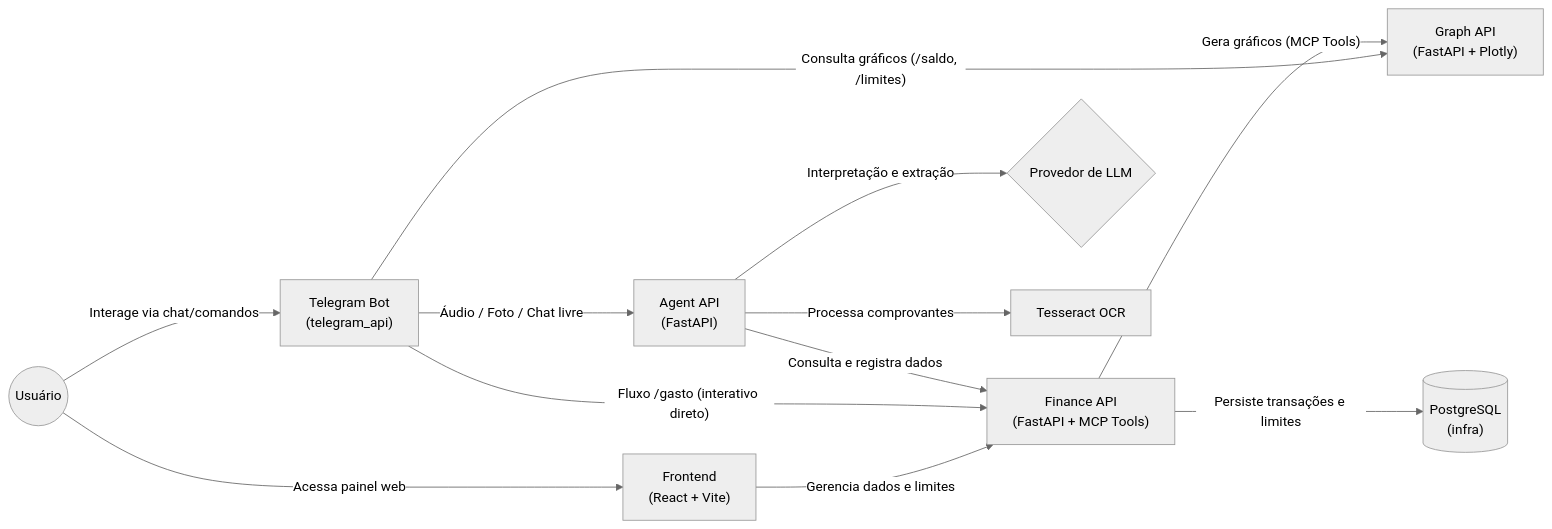
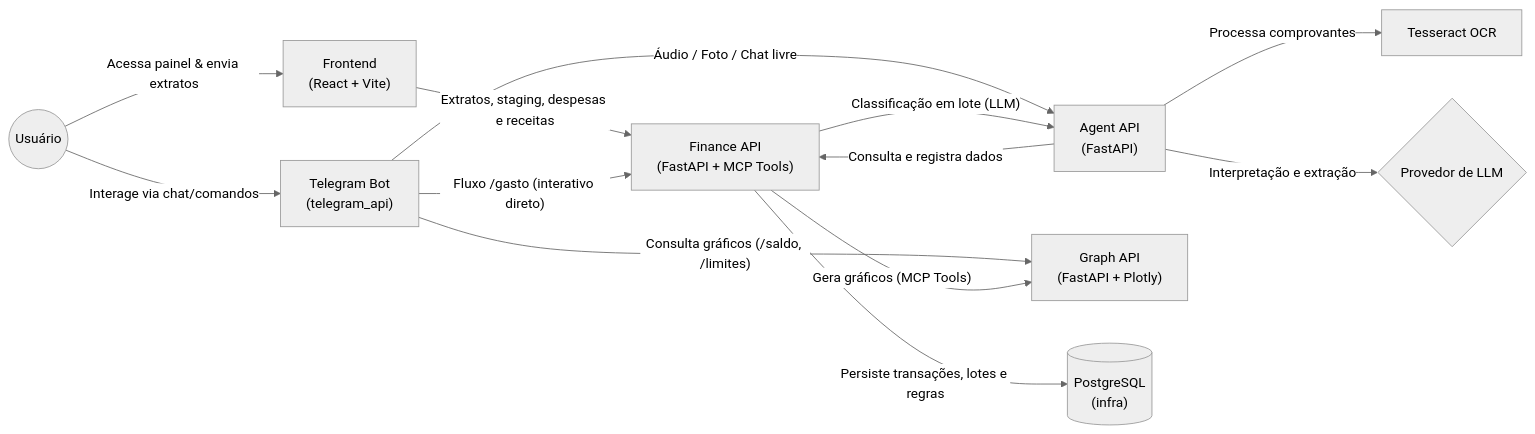
One commit to joaoflauzino/flauzino-assistant changed the diagram in README.md. Above: the diagram before and after it, drawn with Mermaid (neutral theme). The commit also changed other lines of this file and 3 other files, not shown here.

````diff
--- a/README.md
+++ b/README.md
@@ -19,28 +19,29 @@
 ```mermaid
 flowchart LR
     User((Usuário))
     Frontend["Frontend\n(React + Vite)"]
     Telegram["Telegram Bot\n(telegram_api)"]
     AgentAPI["Agent API\n(FastAPI)"]
     FinanceAPI["Finance API\n(FastAPI + MCP Tools)"]
     GraphAPI["Graph API\n(FastAPI + Plotly)"]
     DB[("PostgreSQL\n(infra)")]
     LLM{"Provedor de LLM"}
     OCR["Tesseract OCR"]
 
-    User -- "Acessa painel web" --> Frontend
+    User -- "Acessa painel & envia extratos" --> Frontend
     User -- "Interage via chat/comandos" --> Telegram
     
-    Frontend -- "Gerencia dados e limites" --> FinanceAPI
+    Frontend -- "Extratos, staging, despesas e receitas" --> FinanceAPI
     
     Telegram -- "Fluxo /gasto (interativo direto)" --> FinanceAPI
     Telegram -- "Áudio / Foto / Chat livre" --> AgentAPI
     Telegram -- "Consulta gráficos (/saldo, /limites)" --> GraphAPI
     
     AgentAPI -- "Processa comprovantes" --> OCR
     AgentAPI -- "Interpretação e extração" --> LLM
     AgentAPI -- "Consulta e registra dados" --> FinanceAPI
     
+    FinanceAPI -- "Classificação em lote (LLM)" --> AgentAPI
     FinanceAPI -- "Gera gráficos (MCP Tools)" --> GraphAPI
-    FinanceAPI -- "Persiste transações e limites" --> DB
+    FinanceAPI -- "Persiste transações, lotes e regras" --> DB
 ```
````
